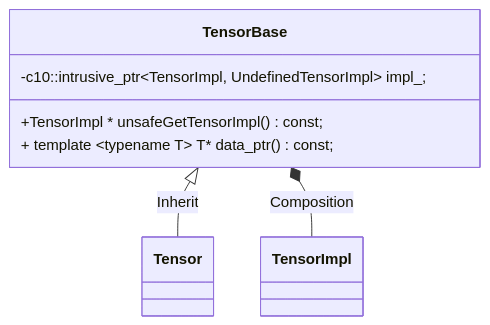
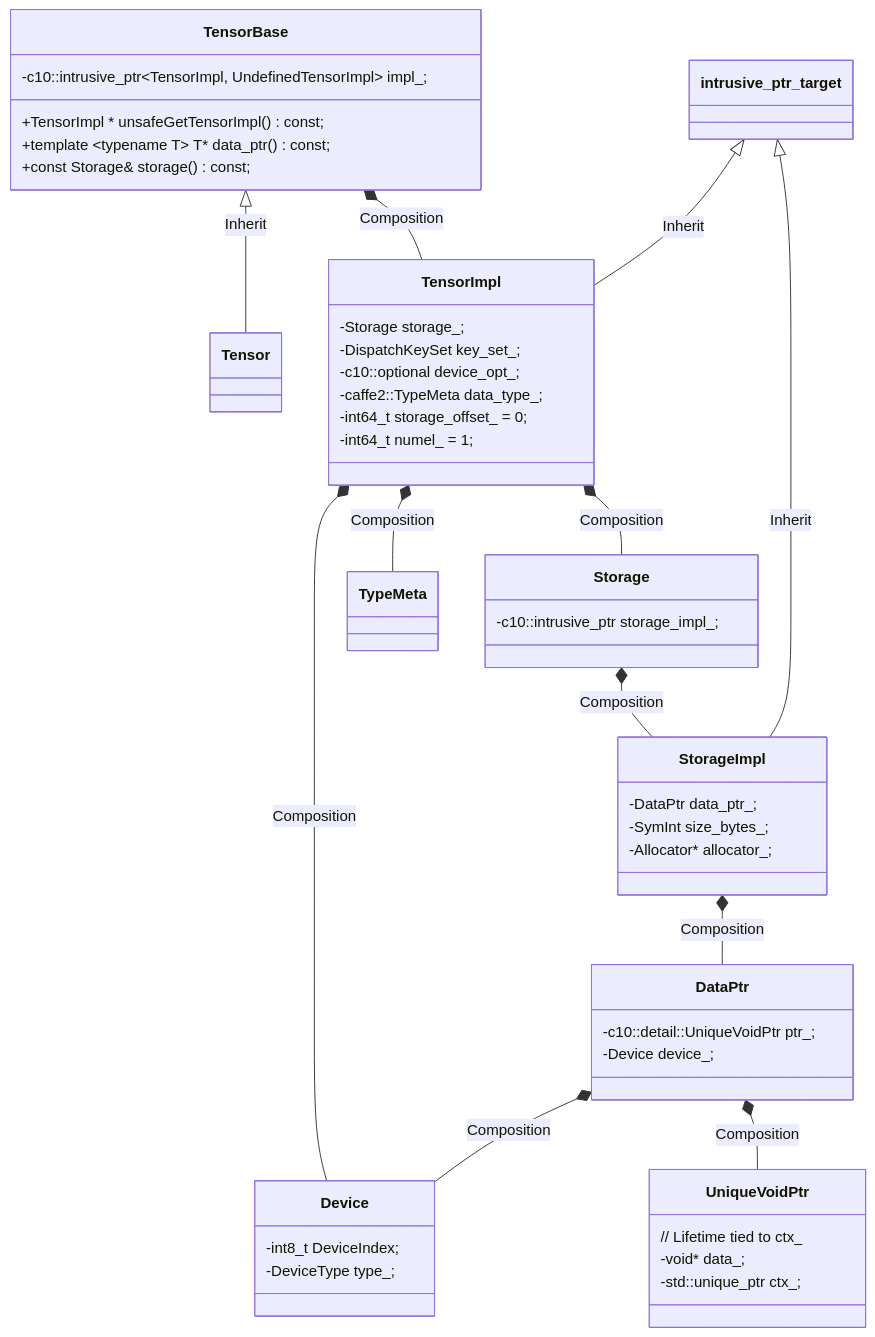
One commit to meteora211/pytorch_cheatsheet changed the second of 2 diagrams in basic/debug/Tensor.md. Above: the diagram before and after it, drawn with Mermaid. The commit also changed other lines of this file, not shown here.

Commit message:
update tensor.

````diff
--- a/basic/debug/Tensor.md
+++ b/basic/debug/Tensor.md
@@ -68,12 +68,55 @@
 ```mermaid
 classDiagram
       TensorBase <|-- Tensor : Inherit
       TensorBase *-- TensorImpl : Composition
+      TensorImpl *-- Storage : Composition
+      TensorImpl *-- TypeMeta : Composition
+      TensorImpl *-- Device : Composition
+      Storage *-- StorageImpl : Composition
+      StorageImpl *-- DataPtr : Composition
+      DataPtr *-- UniqueVoidPtr : Composition
+      DataPtr *-- Device : Composition
+      intrusive_ptr_target <|-- TensorImpl : Inherit
+      intrusive_ptr_target <|-- StorageImpl : Inherit
       
       class TensorBase {
         +TensorImpl * unsafeGetTensorImpl() const;
-        +  template ~typename T~ T* data_ptr() const;
+        +template ~typename T~ T* data_ptr() const;
+        +const Storage& storage() const;
+
         -c10::intrusive_ptr~TensorImpl, UndefinedTensorImpl~ impl_;
       }
       
+      class TensorImpl {
+        -Storage storage_;
+        -DispatchKeySet key_set_;
+        -c10::optional<c10::Device> device_opt_;
+        -caffe2::TypeMeta data_type_;
+        -int64_t storage_offset_ = 0;
+        -int64_t numel_ = 1;
+      }
+      
+      class Storage {
+        -c10::intrusive_ptr<StorageImpl> storage_impl_;
+      }
+      
+      class StorageImpl {
+        -DataPtr data_ptr_;
+        -SymInt size_bytes_;
+        -Allocator* allocator_;
+      }
+      class DataPtr {
+        -c10::detail::UniqueVoidPtr ptr_;
+        -Device device_;
+      }
+      class UniqueVoidPtr {
+        // Lifetime tied to ctx_
+        -void* data_;
+        -std::unique_ptr<void, DeleterFnPtr> ctx_;
+      }
+      class Device {
+        -int8_t DeviceIndex;
+        -DeviceType type_;
+      }
+      
 ```
````
